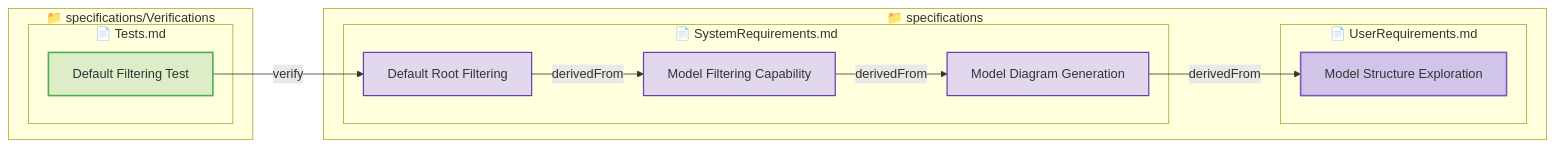
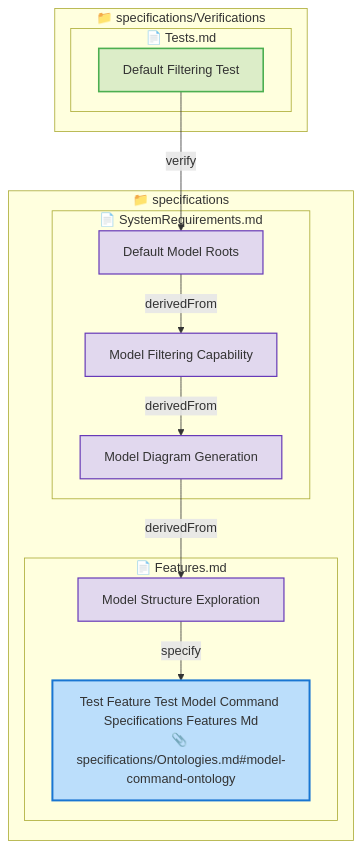
Before and after one commit to reqvire-org/reqvire: the first of 6 diagrams in tests/test-model-command/expected/expected_reverse_filter_output.md, drawn with Mermaid. The commit also changed other lines of this file and 446 other files, not shown here.

Commit message:
Ontologies support + Features support.  * breaking changes.

````diff
--- a/tests/test-model-command/expected/expected_reverse_filter_output.md
+++ b/tests/test-model-command/expected/expected_reverse_filter_output.md
@@ -11,40 +11,45 @@
 ```mermaid
-graph LR
-  classDef userRequirement fill:#D1C4E9,stroke:#7E57C2,stroke-width:2px;
+graph TD
+  classDef feature fill:#BBDEFB,stroke:#1976D2,stroke-width:2.5px;
   classDef systemRequirement fill:#E1D8EE,stroke:#673AB7,stroke-width:1.5px;
+  classDef ontology fill:#F4E3A1,stroke:#B08A00,stroke-width:2px;
   classDef verification fill:#DCEDC8,stroke:#4CAF50,stroke-width:2px;
   classDef default fill:#F5F5F5,stroke:#424242,stroke-width:1.5px;
 
   classDef folder fill:#FAFAFA,stroke:#9E9E9E,stroke-width:3px;
   classDef file fill:#FFF8E1,stroke:#FFCA28,stroke-width:2px;
 
   subgraph 9d68b769fcbc79d0["📁 specifications"]
+    subgraph 52b96646352f3ec7["📄 Features.md"]
+      1ef18bbc2a9e2de["Model Structure Exploration"];
+      class 1ef18bbc2a9e2de systemRequirement;
+      click 1ef18bbc2a9e2de "specifications/Features.md#model-structure-exploration";
+      cc4f0d848ef4201f["Test Feature Test Model Command Specifications Features Md<br/>📎 specifications/Ontologies.md#model-command-ontology"];
+      class cc4f0d848ef4201f feature;
+      click cc4f0d848ef4201f "specifications/Features.md#test-feature-test-model-command-specifications-features-md";
+    end
     subgraph 77808752d543f615["📄 SystemRequirements.md"]
-      6208b4add030277e["Default Root Filtering"];
-      class 6208b4add030277e systemRequirement;
-      click 6208b4add030277e "specifications/SystemRequirements.md#default-root-filtering";
+      f352ca56d3ce0fdd["Default Model Roots"];
+      class f352ca56d3ce0fdd systemRequirement;
+      click f352ca56d3ce0fdd "specifications/SystemRequirements.md#default-model-roots";
       b7ec4bb3813f1dea["Model Diagram Generation"];
       class b7ec4bb3813f1dea systemRequirement;
       click b7ec4bb3813f1dea "specifications/SystemRequirements.md#model-diagram-generation";
       836c732a54d7f48f["Model Filtering Capability"];
       class 836c732a54d7f48f systemRequirement;
       click 836c732a54d7f48f "specifications/SystemRequirements.md#model-filtering-capability";
-    end
-    subgraph 6e2c14866f0b0117["📄 UserRequirements.md"]
-      906507e3072a273["Model Structure Exploration"];
-      class 906507e3072a273 userRequirement;
-      click 906507e3072a273 "specifications/UserRequirements.md#model-structure-exploration";
     end
   end
   subgraph 9f0649e759bd2822["📁 specifications/Verifications"]
     subgraph 7d9dffd79ed1d5b8["📄 Tests.md"]
       a2368d1b4b67f0d7["Default Filtering Test"];
       class a2368d1b4b67f0d7 verification;
       click a2368d1b4b67f0d7 "specifications/Verifications/Tests.md#default-filtering-test";
     end
   end
-  a2368d1b4b67f0d7 -->|verify| 6208b4add030277e;
-  6208b4add030277e -->|derivedFrom| 836c732a54d7f48f;
+  a2368d1b4b67f0d7 -->|verify| f352ca56d3ce0fdd;
+  f352ca56d3ce0fdd -->|derivedFrom| 836c732a54d7f48f;
   836c732a54d7f48f -->|derivedFrom| b7ec4bb3813f1dea;
-  b7ec4bb3813f1dea -->|derivedFrom| 906507e3072a273;
+  b7ec4bb3813f1dea -->|derivedFrom| 1ef18bbc2a9e2de;
+  1ef18bbc2a9e2de -->|specify| cc4f0d848ef4201f;
 ```
````
